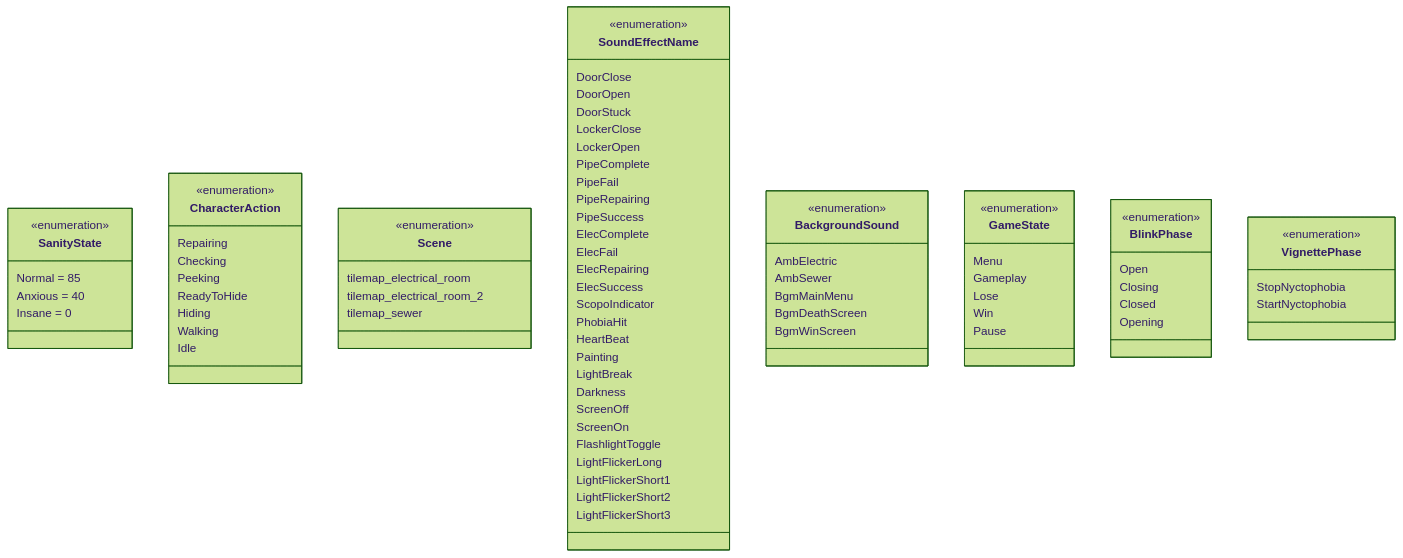
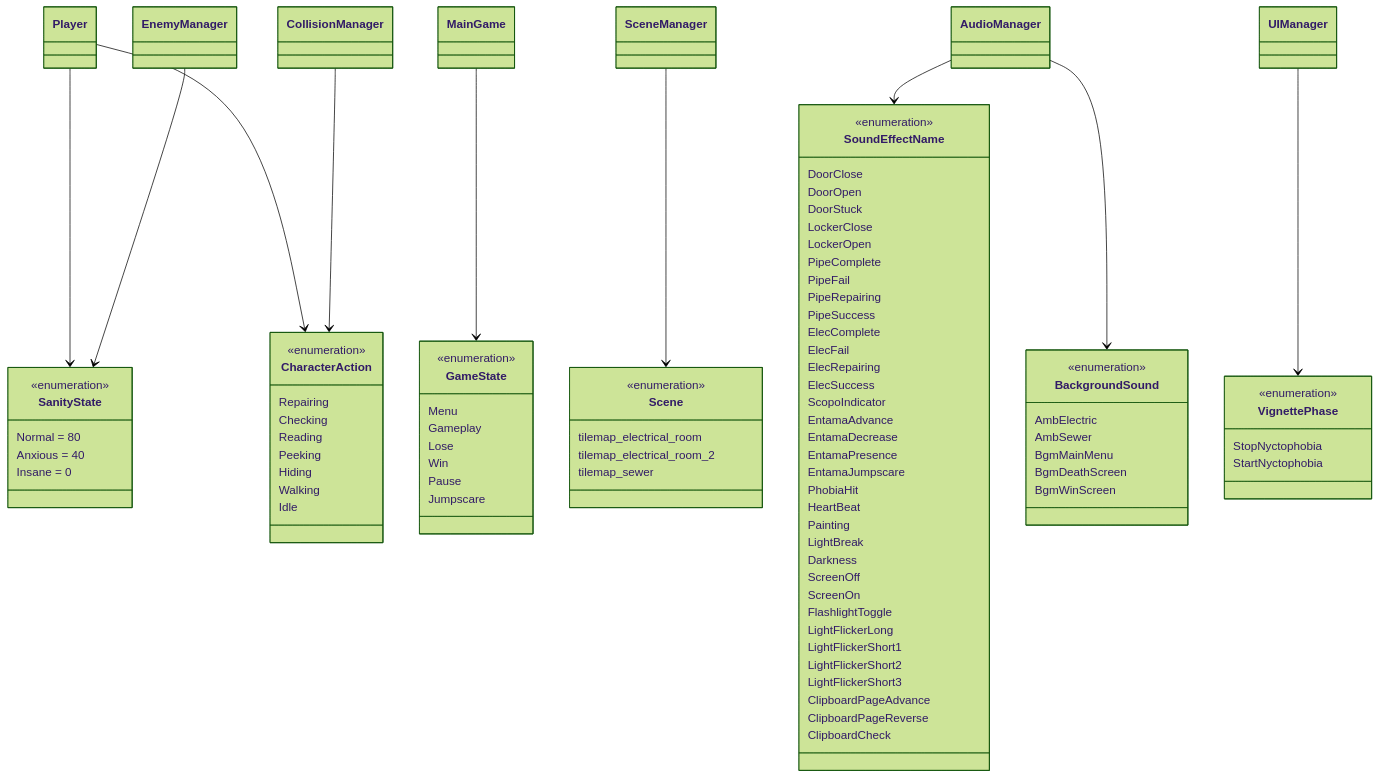
Before and after one commit to Sambopukkazz/DG225_CoreX: the seventh of 7 diagrams in docs/03_Software/02-class-diagram.md, drawn with Mermaid (forest theme). The commit also changed other lines of this file and 21 other files, not shown here.

````diff
--- a/docs/03_Software/02-class-diagram.md
+++ b/docs/03_Software/02-class-diagram.md
@@ -598,26 +850,48 @@
 classDiagram
     class SanityState {
         <<enumeration>>
-        Normal = 85
+        Normal = 80
         Anxious = 40
         Insane = 0
     }
+
     class CharacterAction {
         <<enumeration>>
         Repairing
         Checking
+        Reading
         Peeking
-        ReadyToHide
         Hiding
         Walking
         Idle
     }
+
+    class GameState {
+        <<enumeration>>
+        Menu
+        Gameplay
+        Lose
+        Win
+        Pause
+        Jumpscare
+    }
+
     class Scene {
         <<enumeration>>
         tilemap_electrical_room
         tilemap_electrical_room_2
         tilemap_sewer
     }
+
+    class BackgroundSound {
+        <<enumeration>>
+        AmbElectric
+        AmbSewer
+        BgmMainMenu
+        BgmDeathScreen
+        BgmWinScreen
+    }
+
     class SoundEffectName {
         <<enumeration>>
         DoorClose
@@ -634,6 +908,10 @@
         ElecRepairing
         ElecSuccess
         ScopoIndicator
+        EntamaAdvance
+        EntamaDecrease
+        EntamaPresence
+        EntamaJumpscare
         PhobiaHit
         HeartBeat
         Painting
@@ -646,33 +924,24 @@
         LightFlickerShort1
         LightFlickerShort2
         LightFlickerShort3
+        ClipboardPageAdvance
+        ClipboardPageReverse
+        ClipboardCheck
     }
-    class BackgroundSound {
-        <<enumeration>>
-        AmbElectric
-        AmbSewer
-        BgmMainMenu
-        BgmDeathScreen
-        BgmWinScreen
-    }
-    class GameState {
-        <<enumeration>>
-        Menu
-        Gameplay
-        Lose
-        Win
-        Pause
-    }
-    class BlinkPhase {
-        <<enumeration>>
-        Open
-        Closing
-        Closed
-        Opening
-    }
+
     class VignettePhase {
         <<enumeration>>
         StopNyctophobia
         StartNyctophobia
     }
+
+    Player --> SanityState
+    Player --> CharacterAction
+    MainGame --> GameState
+    SceneManager --> Scene
+    AudioManager --> SoundEffectName
+    AudioManager --> BackgroundSound
+    UIManager --> VignettePhase
+    EnemyManager --> SanityState
+    CollisionManager --> CharacterAction
 ```
````
